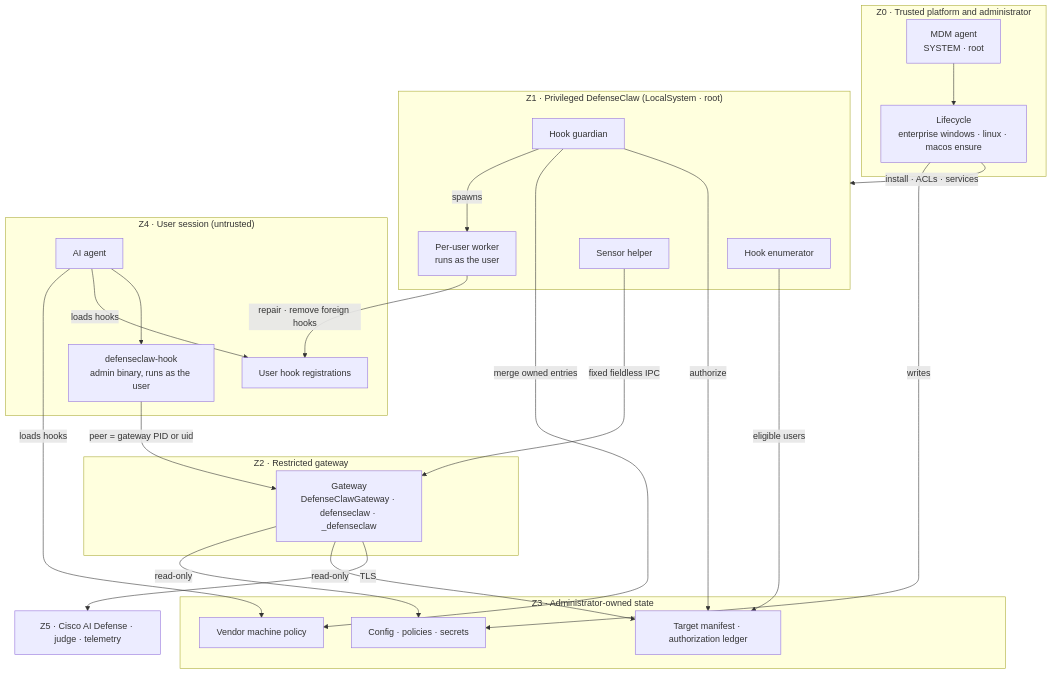
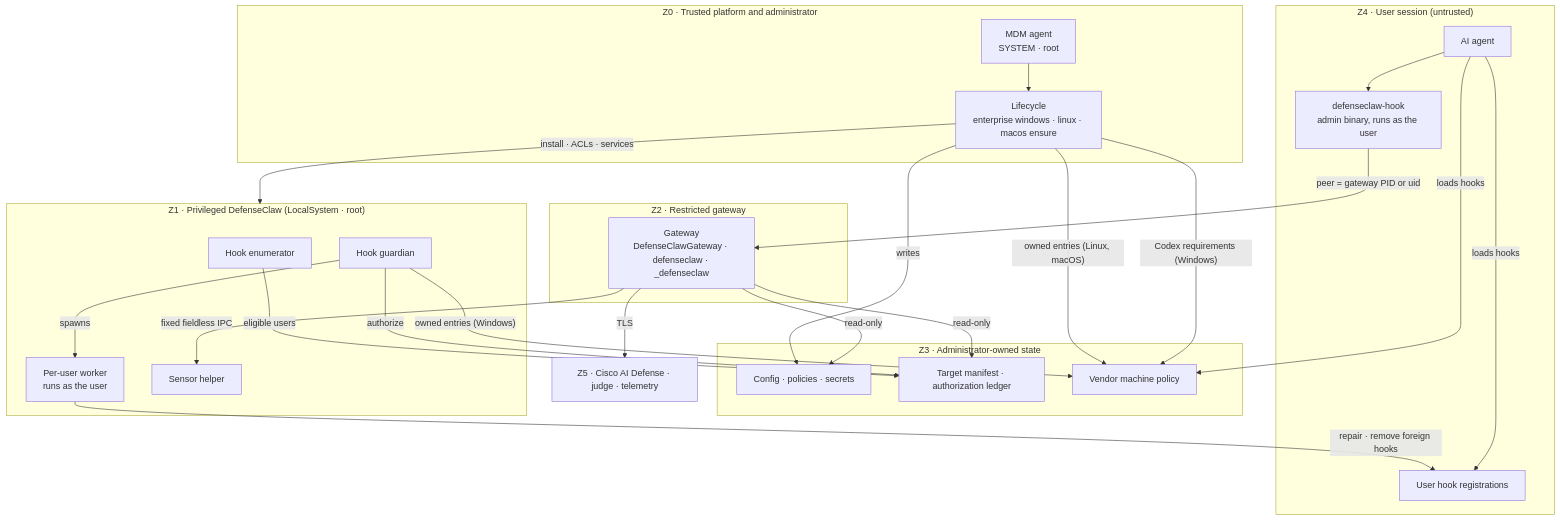
Before and after one commit to Habler-code/defenseclaw: the diagram in docs/ENTERPRISE-THREAT-MODEL.md, drawn with Mermaid. The commit also changed other lines of this file and 54 other files, not shown here.

````diff
--- a/docs/ENTERPRISE-THREAT-MODEL.md
+++ b/docs/ENTERPRISE-THREAT-MODEL.md
@@ -93,43 +97,45 @@
 ```mermaid
 flowchart TB
   subgraph Z0["Z0 · Trusted platform and administrator"]
     MDM["MDM agent<br/>SYSTEM · root"]
     LC["Lifecycle<br/>enterprise windows · linux · macos ensure"]
     MDM --> LC
   end
   subgraph Z1["Z1 · Privileged DefenseClaw (LocalSystem · root)"]
     ENM["Hook enumerator"]
     GRD["Hook guardian"]
     WRK["Per-user worker<br/>runs as the user"]
     SNS["Sensor helper"]
   end
   subgraph Z2["Z2 · Restricted gateway"]
     GW["Gateway<br/>DefenseClawGateway · defenseclaw · _defenseclaw"]
   end
   subgraph Z3["Z3 · Administrator-owned state"]
     CFG["Config · policies · secrets"]
     LED["Target manifest · authorization ledger"]
     VP["Vendor machine policy"]
   end
   subgraph Z4["Z4 · User session (untrusted)"]
     AG["AI agent"]
     HK["defenseclaw-hook<br/>admin binary, runs as the user"]
     UF["User hook registrations"]
   end
   Z5["Z5 · Cisco AI Defense · judge · telemetry"]
   LC -->|"install · ACLs · services"| Z1
   LC -->|"writes"| CFG
   ENM -->|"eligible users"| LED
   GRD -->|"spawns"| WRK
   WRK -->|"repair · remove foreign hooks"| UF
-  GRD -->|"merge owned entries"| VP
+  LC -->|"owned entries (Linux, macOS)"| VP
+  GRD -->|"owned entries (Windows)"| VP
+  LC -->|"Codex requirements (Windows)"| VP
   GRD -->|"authorize"| LED
   AG -->|"loads hooks"| VP
   AG -->|"loads hooks"| UF
   AG --> HK
   HK -->|"peer = gateway PID or uid"| GW
   GW -->|"read-only"| CFG
   GW -->|"read-only"| LED
-  SNS -->|"fixed fieldless IPC"| GW
+  GW -->|"fixed fieldless IPC"| SNS
   GW -->|"TLS"| Z5
 ```
````
